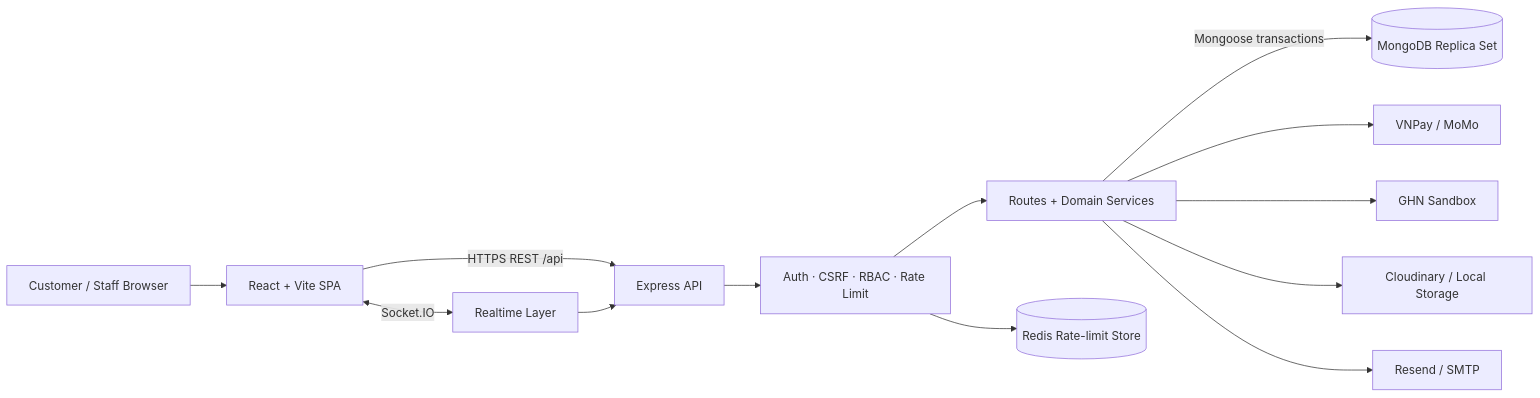
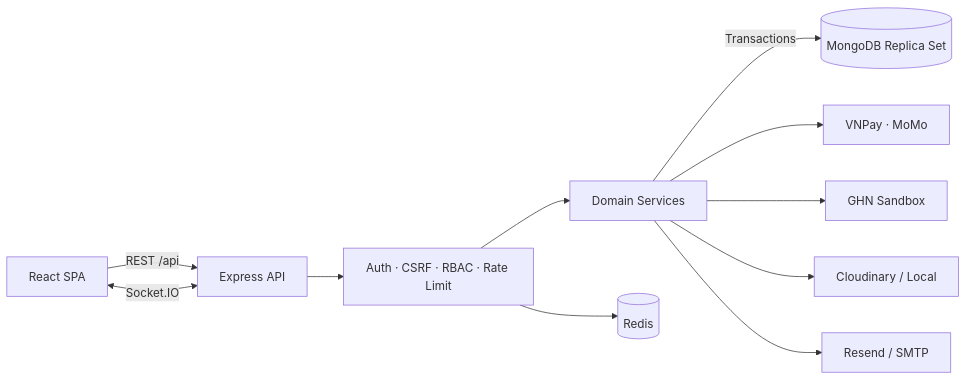
Before and after one commit to nkcuongdev/BookShop: the first of 2 diagrams in README.md, drawn with Mermaid. The commit also changed other lines of this file, not shown here.

````diff
--- a/README.md
+++ b/README.md
@@ -90,15 +59,13 @@
 ```mermaid
 flowchart LR
-    U[Customer / Staff Browser] --> FE[React + Vite SPA]
-    FE -->|HTTPS REST /api| API[Express API]
-    FE <-->|Socket.IO| RT[Realtime Layer]
-    RT --> API
-    API --> MW[Auth · CSRF · RBAC · Rate Limit]
-    MW --> SVC[Routes + Domain Services]
-    SVC -->|Mongoose transactions| DB[(MongoDB Replica Set)]
-    MW --> REDIS[(Redis Rate-limit Store)]
-    SVC --> PAY[VNPay / MoMo]
-    SVC --> SHIP[GHN Sandbox]
-    SVC --> MEDIA[Cloudinary / Local Storage]
-    SVC --> MAIL[Resend / SMTP]
+    Browser[React SPA] -->|REST /api| API[Express API]
+    Browser <-->|Socket.IO| API
+    API --> Guard[Auth · CSRF · RBAC · Rate Limit]
+    Guard --> Services[Domain Services]
+    Services -->|Transactions| Mongo[(MongoDB Replica Set)]
+    Guard --> Redis[(Redis)]
+    Services --> Payment[VNPay · MoMo]
+    Services --> Shipping[GHN Sandbox]
+    Services --> Storage[Cloudinary / Local]
+    Services --> Email[Resend / SMTP]
 ```
````
